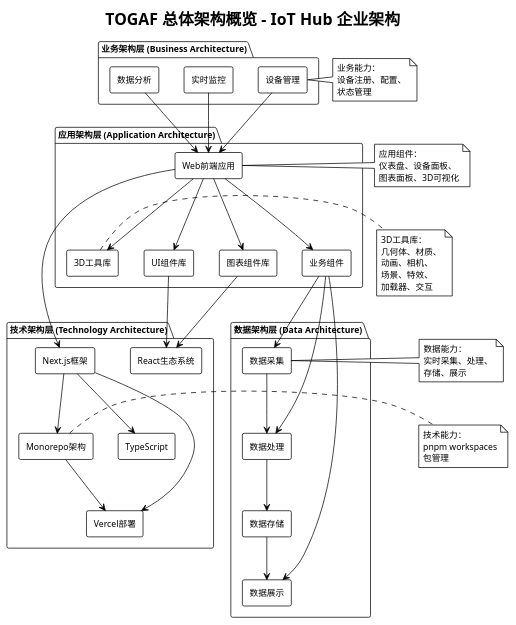
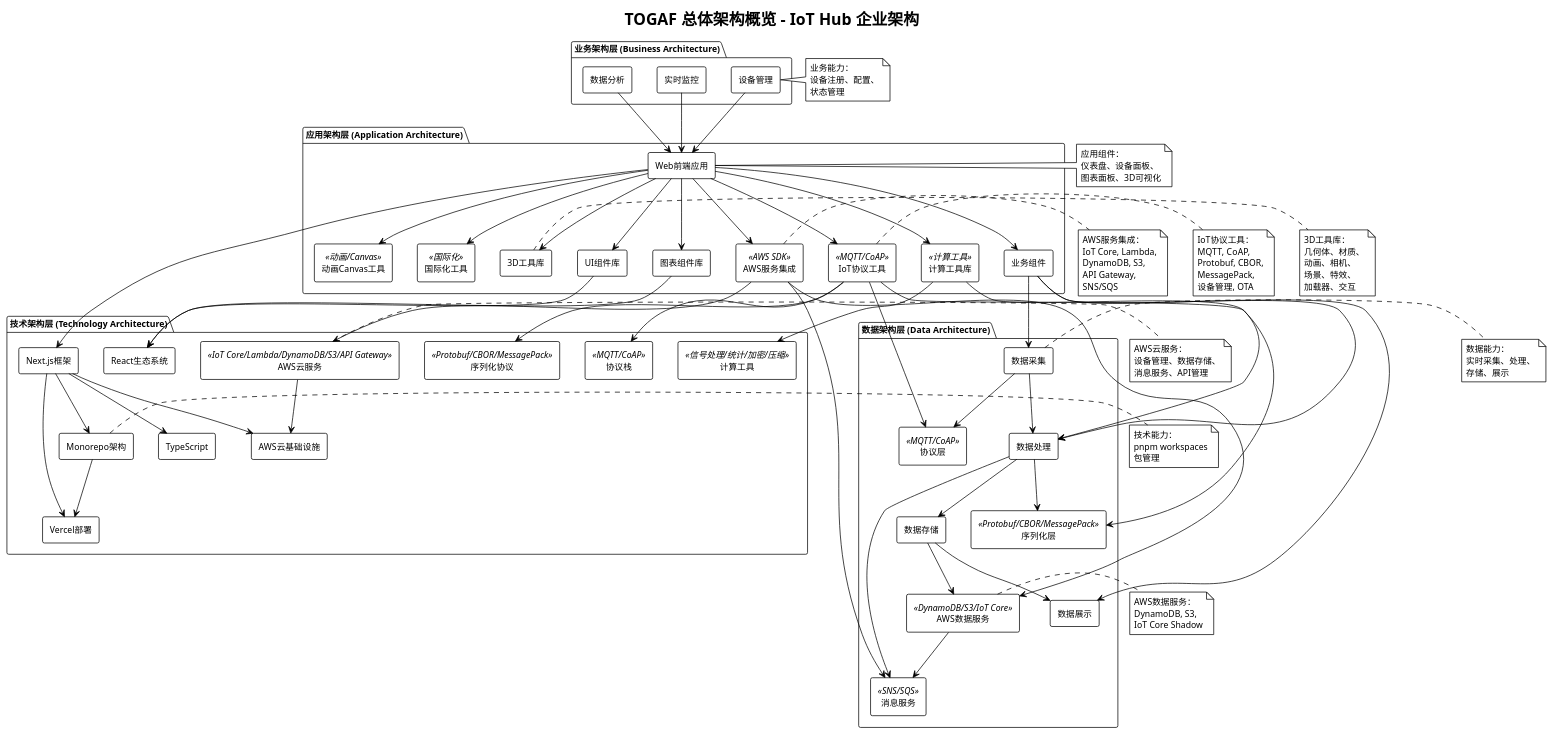
The diagram in docs/togaf/overview.puml (felixzhu97/IoT-project), drawn with PlantUML before and after one commit. The commit also changed 5 other files, not shown here.

Commit message:
feat: Enhance TOGAF architecture documentation by integrating AWS services and IoT protocol tools, adding detailed descriptions and relationships for improved clarity and usability

```diff
--- a/docs/togaf/overview.puml
+++ b/docs/togaf/overview.puml
@@ -1,102 +1,165 @@
 @startuml TOGAF_Overview
 !theme plain
 skinparam componentStyle rectangle
 skinparam backgroundColor #FFFFFF
 skinparam defaultFontSize 12
 
 title TOGAF 总体架构概览 - IoT Hub 企业架构
 
 package "业务架构层 (Business Architecture)" {
   [设备管理] as BizDeviceMgmt
   [实时监控] as BizRealTime
   [数据分析] as BizDataAnalysis
 }
 
 package "应用架构层 (Application Architecture)" {
   [Web前端应用] as AppWebFrontend
   [UI组件库] as AppUIComponents
   [图表组件库] as AppChartComponents
   [3D工具库] as AppThreeUtils
   [业务组件] as AppBusinessComponents
+  [AWS服务集成] as AppAWSServices <<AWS SDK>>
+  [IoT协议工具] as AppIOTTools <<MQTT/CoAP>>
+  [计算工具库] as AppCompute <<计算工具>>
+  [动画Canvas工具] as AppAnimationCanvas <<动画/Canvas>>
+  [国际化工具] as AppI18n <<国际化>>
 }
 
 package "数据架构层 (Data Architecture)" {
   [数据采集] as DataCollection
   [数据处理] as DataProcessing
   [数据存储] as DataStorage
   [数据展示] as DataPresentation
+  [协议层] as DataProtocol <<MQTT/CoAP>>
+  [序列化层] as DataSerialization <<Protobuf/CBOR/MessagePack>>
+  [AWS数据服务] as DataAWSServices <<DynamoDB/S3/IoT Core>>
+  [消息服务] as DataMessageServices <<SNS/SQS>>
 }
 
 package "技术架构层 (Technology Architecture)" {
   [Next.js框架] as TechNextJS
   [React生态系统] as TechReact
   [TypeScript] as TechTypeScript
   [Monorepo架构] as TechMonorepo
+  [协议栈] as TechProtocolStack <<MQTT/CoAP>>
+  [序列化协议] as TechSerialization <<Protobuf/CBOR/MessagePack>>
+  [计算工具] as TechCompute <<信号处理/统计/加密/压缩>>
+  [AWS云服务] as TechAWS <<IoT Core/Lambda/DynamoDB/S3/API Gateway>>
   [Vercel部署] as TechVercel
+  [AWS云基础设施] as TechAWSCloud
 }
 
 ' 业务架构到应用架构
 BizDeviceMgmt --> AppWebFrontend
 BizRealTime --> AppWebFrontend
 BizDataAnalysis --> AppWebFrontend
 
 ' 应用架构内部关系
 AppWebFrontend --> AppUIComponents
 AppWebFrontend --> AppChartComponents
 AppWebFrontend --> AppThreeUtils
 AppWebFrontend --> AppBusinessComponents
+AppWebFrontend --> AppAWSServices
+AppWebFrontend --> AppIOTTools
+AppWebFrontend --> AppCompute
+AppWebFrontend --> AppAnimationCanvas
+AppWebFrontend --> AppI18n
 
 ' 应用架构到数据架构
 AppBusinessComponents --> DataCollection
 AppBusinessComponents --> DataProcessing
 AppBusinessComponents --> DataPresentation
+AppAWSServices --> DataAWSServices
+AppAWSServices --> DataMessageServices
+AppIOTTools --> DataProtocol
+AppIOTTools --> DataSerialization
+AppCompute --> DataProcessing
 
 ' 数据架构内部关系
 DataCollection --> DataProcessing
 DataProcessing --> DataStorage
 DataStorage --> DataPresentation
+DataCollection --> DataProtocol
+DataProcessing --> DataSerialization
+DataStorage --> DataAWSServices
+DataProcessing --> DataMessageServices
+DataAWSServices --> DataMessageServices
 
 ' 应用架构到技术架构
 AppWebFrontend --> TechNextJS
 AppUIComponents --> TechReact
 AppChartComponents --> TechReact
 TechNextJS --> TechTypeScript
 TechNextJS --> TechMonorepo
+AppIOTTools --> TechProtocolStack
+AppIOTTools --> TechSerialization
+AppCompute --> TechCompute
+AppAWSServices --> TechAWS
 
 ' 技术架构到部署
 TechNextJS --> TechVercel
 TechMonorepo --> TechVercel
+TechAWS --> TechAWSCloud
+TechNextJS --> TechAWSCloud
 
 note right of BizDeviceMgmt
   业务能力：
   设备注册、配置、
   状态管理
 end note
 
 note right of AppWebFrontend
   应用组件：
   仪表盘、设备面板、
   图表面板、3D可视化
 end note
 
 note right of AppThreeUtils
   3D工具库：
   几何体、材质、
   动画、相机、
   场景、特效、
   加载器、交互
 end note
 
 note right of DataCollection
   数据能力：
   实时采集、处理、
   存储、展示
 end note
 
 note right of TechMonorepo
   技术能力：
   pnpm workspaces
   包管理
 end note
 
+note right of AppAWSServices
+  AWS服务集成：
+  IoT Core, Lambda,
+  DynamoDB, S3,
+  API Gateway,
+  SNS/SQS
+end note
+
+note right of AppIOTTools
+  IoT协议工具：
+  MQTT, CoAP,
+  Protobuf, CBOR,
+  MessagePack,
+  设备管理, OTA
+end note
+
+note right of DataAWSServices
+  AWS数据服务：
+  DynamoDB, S3,
+  IoT Core Shadow
+end note
+
+note right of TechAWS
+  AWS云服务：
+  设备管理、数据存储、
+  消息服务、API管理
+end note
+
 @enduml
```
